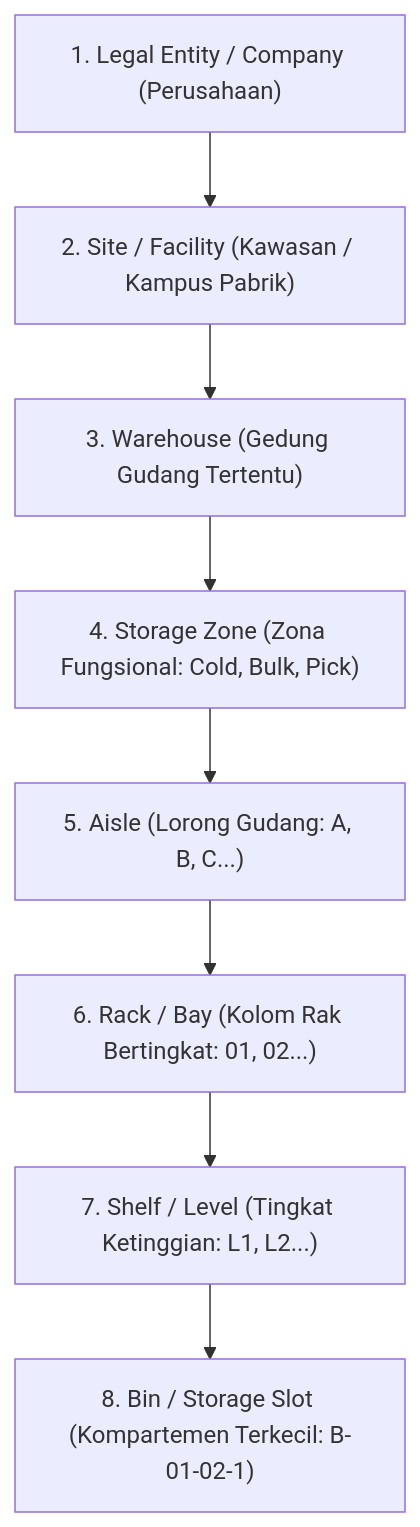
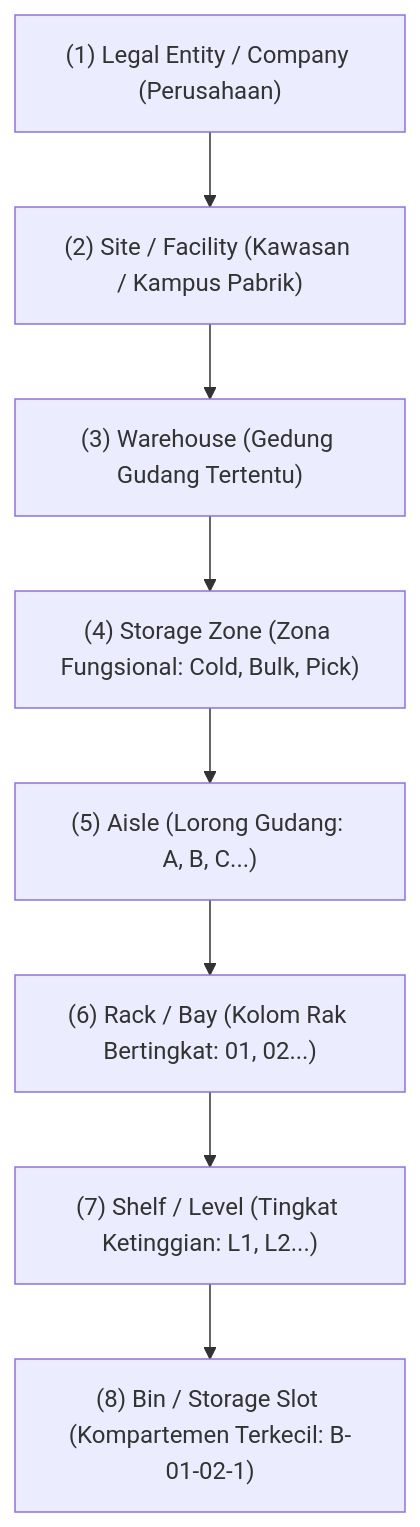
Before and after one commit to alimurrofid/erp-notes: the first of 2 diagrams in content/05-inventory/warehouse-and-location.md, drawn with Mermaid. The commit also changed 132 other files, not shown here.

````diff
--- a/content/05-inventory/warehouse-and-location.md
+++ b/content/05-inventory/warehouse-and-location.md
@@ -25,11 +25,11 @@
 ```mermaid
 flowchart TD
-    Comp["1. Legal Entity / Company (Perusahaan)"]
-    --> Site["2. Site / Facility (Kawasan / Kampus Pabrik)"]
-    --> WH["3. Warehouse (Gedung Gudang Tertentu)"]
-    --> Zone["4. Storage Zone (Zona Fungsional: Cold, Bulk, Pick)"]
-    --> Aisle["5. Aisle (Lorong Gudang: A, B, C...)"]
-    --> Rack["6. Rack / Bay (Kolom Rak Bertingkat: 01, 02...)"]
-    --> Shelf["7. Shelf / Level (Tingkat Ketinggian: L1, L2...)"]
-    --> Bin["8. Bin / Storage Slot (Kompartemen Terkecil: B-01-02-1)"]
+    Comp["(1) Legal Entity / Company (Perusahaan)"]
+    --> Site["(2) Site / Facility (Kawasan / Kampus Pabrik)"]
+    --> WH["(3) Warehouse (Gedung Gudang Tertentu)"]
+    --> Zone["(4) Storage Zone (Zona Fungsional: Cold, Bulk, Pick)"]
+    --> Aisle["(5) Aisle (Lorong Gudang: A, B, C...)"]
+    --> Rack["(6) Rack / Bay (Kolom Rak Bertingkat: 01, 02...)"]
+    --> Shelf["(7) Shelf / Level (Tingkat Ketinggian: L1, L2...)"]
+    --> Bin["(8) Bin / Storage Slot (Kompartemen Terkecil: B-01-02-1)"]
 ```
````
